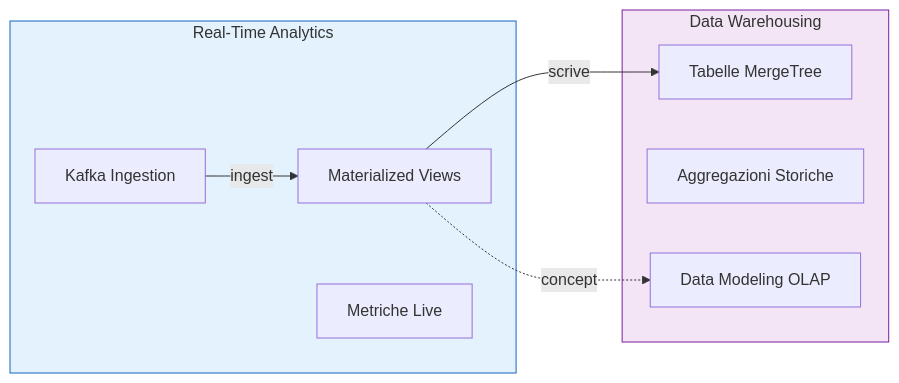
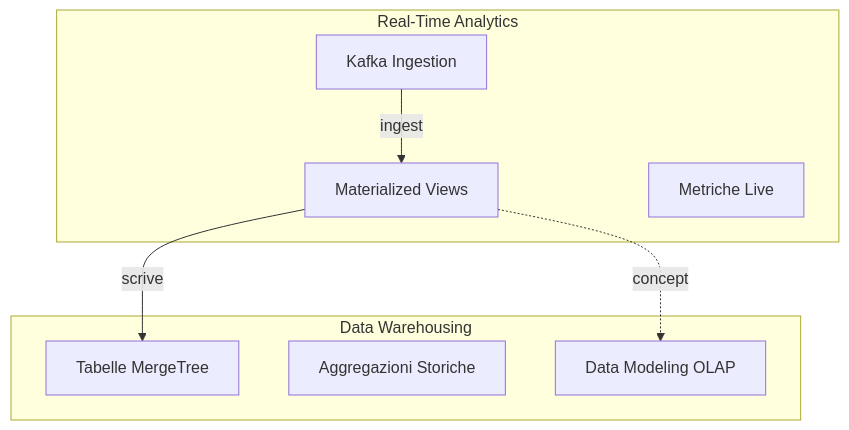
Before and after one commit to AndreyBertasini/gynnitech: the third of 6 diagrams in src/content/corso/panoramica/mappe-concettuali.mdx, drawn with Mermaid. The commit also changed other lines of this file and 110 other files, not shown here.

First line of the commit message:
chore(content): optimize mermaid diagrams for mobile and dark theme

````diff
--- a/src/content/corso/panoramica/mappe-concettuali.mdx
+++ b/src/content/corso/panoramica/mappe-concettuali.mdx
@@ -122,21 +117,19 @@
 ```mermaid
-flowchart LR
+flowchart TD
     subgraph RTA [Real-Time Analytics]
         R1[Materialized Views]
         R2[Kafka Ingestion]
         R3[Metriche Live]
     end
 
     subgraph DWH [Data Warehousing]
         D1[Tabelle MergeTree]
         D2[Aggregazioni Storiche]
         D3[Data Modeling OLAP]
     end
 
     R2 -->|ingest| R1
     R1 -->|scrive| D1
     R1 -.->|concept| D3
 
-    style RTA fill:#e3f2fd,stroke:#1565c0
-    style DWH fill:#f3e5f5,stroke:#7b1fa2
 ```
````
